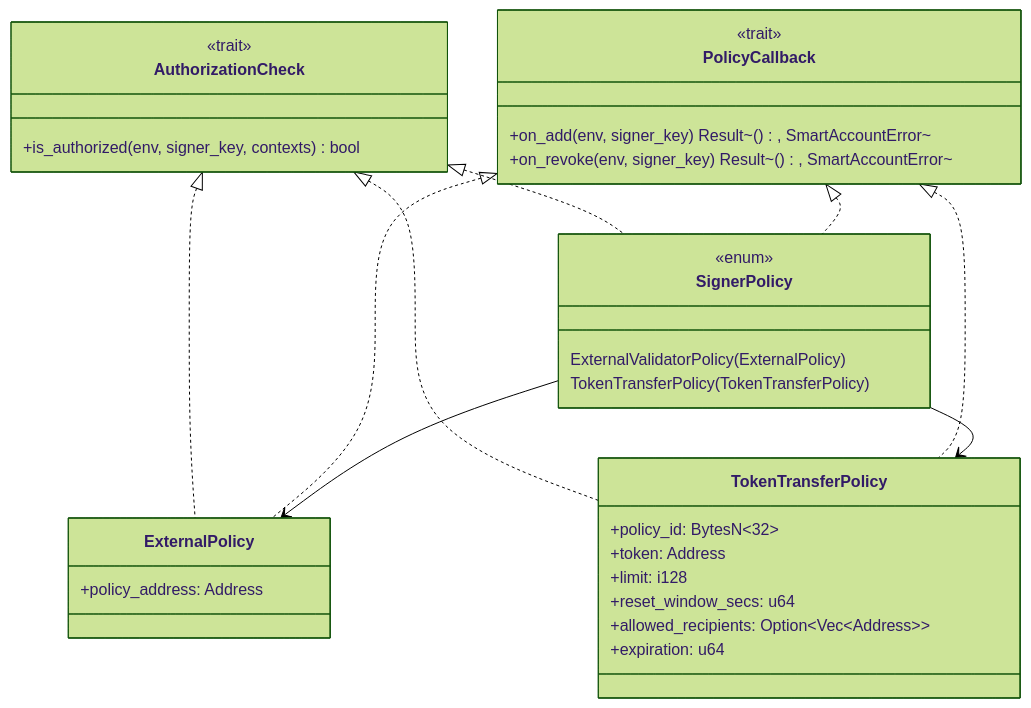
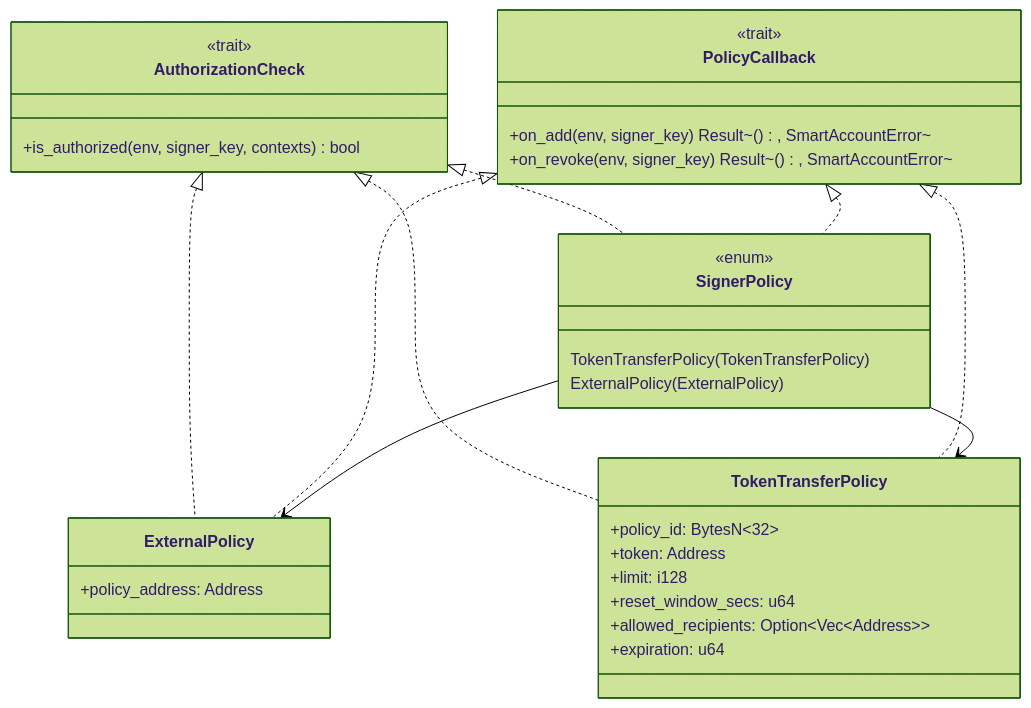
One commit to Crossmint/stellar-smart-account changed the third of 5 diagrams in contracts/smart-account/README.md. Above: the diagram before and after it, drawn with Mermaid (forest theme). The commit also changed other lines of this file and 16 other files, not shown here.

First line of the commit message:
feat(smart-account): replace ExternalValidatorPolicy with signer-key-aware ExternalPolicy (#127)

````diff
--- a/contracts/smart-account/README.md
+++ b/contracts/smart-account/README.md
@@ -329,42 +329,42 @@
 ```mermaid
 classDiagram
     class AuthorizationCheck {
         <<trait>>
         +is_authorized(env, signer_key, contexts) bool
     }
 
     class PolicyCallback {
         <<trait>>
         +on_add(env, signer_key) Result~(), SmartAccountError~
         +on_revoke(env, signer_key) Result~(), SmartAccountError~
     }
 
     class SignerPolicy {
         <<enum>>
-        ExternalValidatorPolicy(ExternalPolicy)
         TokenTransferPolicy(TokenTransferPolicy)
+        ExternalPolicy(ExternalPolicy)
     }
 
     class ExternalPolicy {
         +policy_address: Address
     }
 
     class TokenTransferPolicy {
         +policy_id: BytesN~32~
         +token: Address
         +limit: i128
         +reset_window_secs: u64
         +allowed_recipients: Option~Vec~Address~~
         +expiration: u64
     }
 
     AuthorizationCheck <|.. SignerPolicy
     PolicyCallback <|.. SignerPolicy
     AuthorizationCheck <|.. ExternalPolicy
     AuthorizationCheck <|.. TokenTransferPolicy
     PolicyCallback <|.. ExternalPolicy
     PolicyCallback <|.. TokenTransferPolicy
 
     SignerPolicy --> ExternalPolicy
     SignerPolicy --> TokenTransferPolicy
 ```
````
